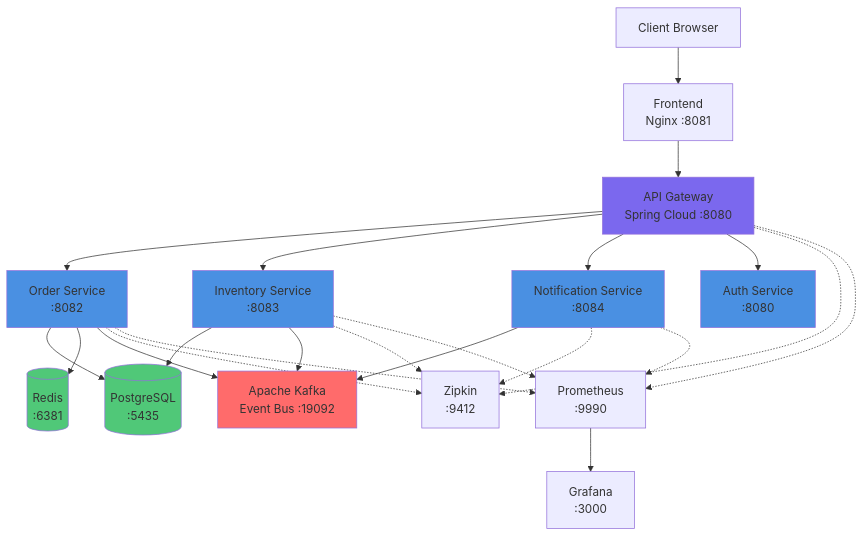
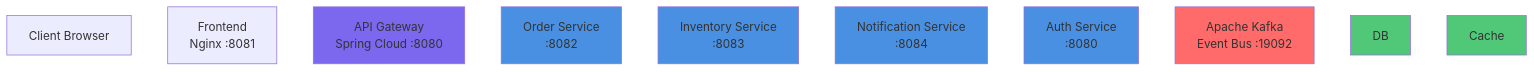
Before and after one commit to iam-ssrivastav/order-management-system: the diagram in README.md, drawn with Mermaid. The commit also changed 1 other file, not shown here.

Commit message:
Update architecture diagram with ELK stack

````diff
--- a/README.md
+++ b/README.md
@@ -25,56 +25,22 @@
 ```mermaid
 graph TB
     Client[Client Browser]
     Frontend[Frontend<br/>Nginx :8081]
     Gateway[API Gateway<br/>Spring Cloud :8080]
     
     Order[Order Service<br/>:8082]
     Inventory[Inventory Service<br/>:8083]
     Notification[Notification Service<br/>:8084]
     Auth[Auth Service<br/>:8080]
     
     Kafka[Apache Kafka<br/>Event Bus :19092]
     
-    DB[(PostgreSQL<br/>:5435)]
-    Cache[(Redis<br/>:6381)]
-    Trace[Zipkin<br/>:9412]
-    Metrics[Prometheus<br/>:9990]
-    Dash[Grafana<br/>:3000]
-    
-    Client --> Frontend
-    Frontend --> Gateway
-    Gateway --> Order
-    Gateway --> Inventory
-    Gateway --> Notification
-    Gateway --> Auth
-    
-    Order --> DB
-    Order --> Cache
-    Order --> Kafka
-    
-    Inventory --> DB
-    Inventory --> Kafka
-    
-    Notification --> Kafka
-    
-    Order -.-> Trace
-    Inventory -.-> Trace
-    Notification -.-> Trace
-    Gateway -.-> Trace
-    
-    Order -.-> Metrics
-    Inventory -.-> Metrics
-    Notification -.-> Metrics
-    Gateway -.-> Metrics
-    
-    Metrics --> Dash
-    
     style Order fill:#4A90E2
     style Inventory fill:#4A90E2
     style Notification fill:#4A90E2
     style Auth fill:#4A90E2
     style Gateway fill:#7B68EE
     style Kafka fill:#FF6B6B
     style DB fill:#50C878
     style Cache fill:#50C878
 ```
````
